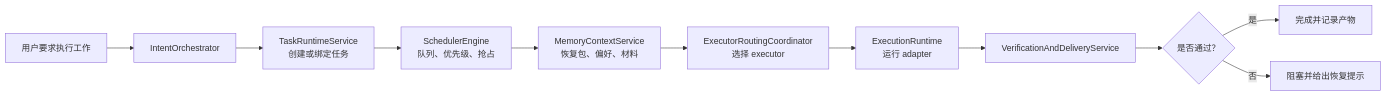
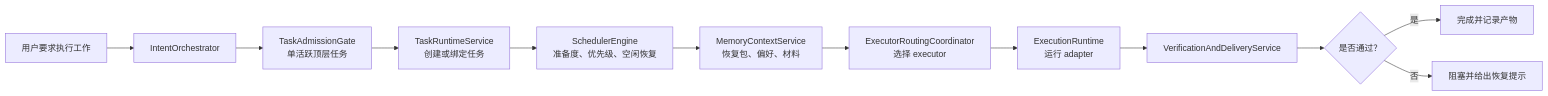
One commit to IFOSR/metaclaw changed the third of 4 diagrams in README.zh-CN.md. Above: the diagram before and after it, drawn with Mermaid. The commit also changed other lines of this file and 1 other file, not shown here.

Commit message:
docs: sync readme with current runtime behavior

````diff
--- a/README.zh-CN.md
+++ b/README.zh-CN.md
@@ -74,13 +75,14 @@
 ```mermaid
 flowchart LR
   Input[用户要求执行工作] --> Intent[IntentOrchestrator]
-  Intent --> Task[TaskRuntimeService<br/>创建或绑定任务]
-  Task --> Scheduler[SchedulerEngine<br/>队列、优先级、抢占]
+  Intent --> Gate[TaskAdmissionGate<br/>单活跃顶层任务]
+  Gate --> Task[TaskRuntimeService<br/>创建或绑定任务]
+  Task --> Scheduler[SchedulerEngine<br/>准备度、优先级、空闲恢复]
   Scheduler --> Context[MemoryContextService<br/>恢复包、偏好、材料]
   Context --> Route[ExecutorRoutingCoordinator<br/>选择 executor]
   Route --> Run[ExecutionRuntime<br/>运行 adapter]
   Run --> Verify[VerificationAndDeliveryService]
   Verify --> Done{是否通过？}
   Done -->|是| Result[完成并记录产物]
   Done -->|否| Blocked[阻塞并给出恢复提示]
 ```
````
